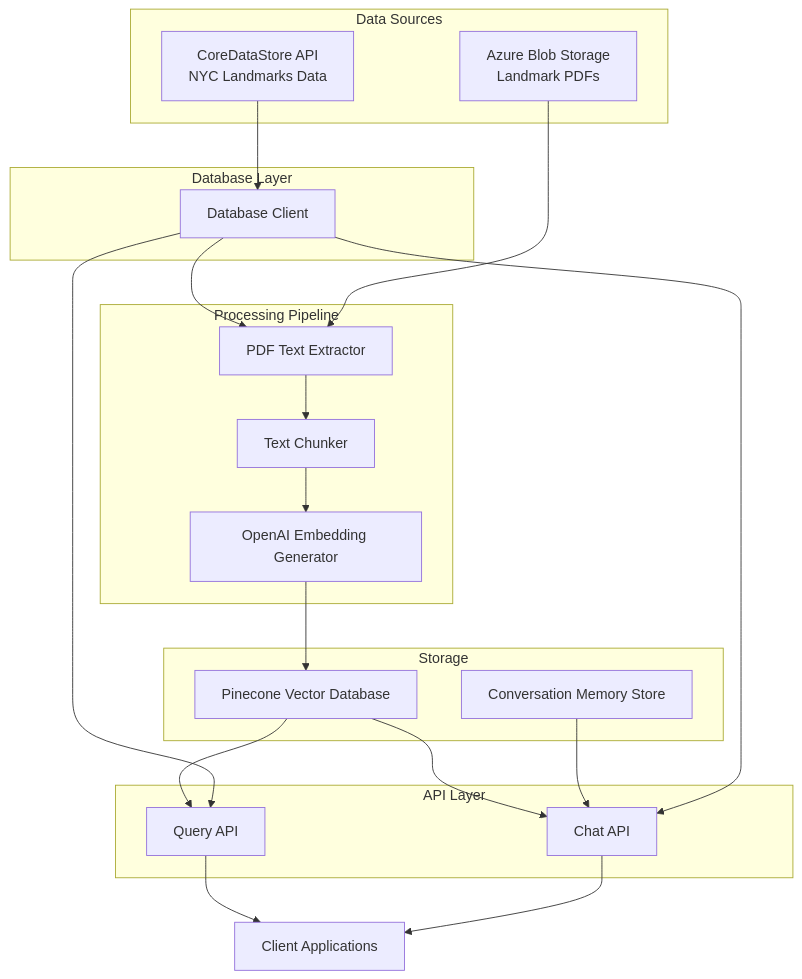
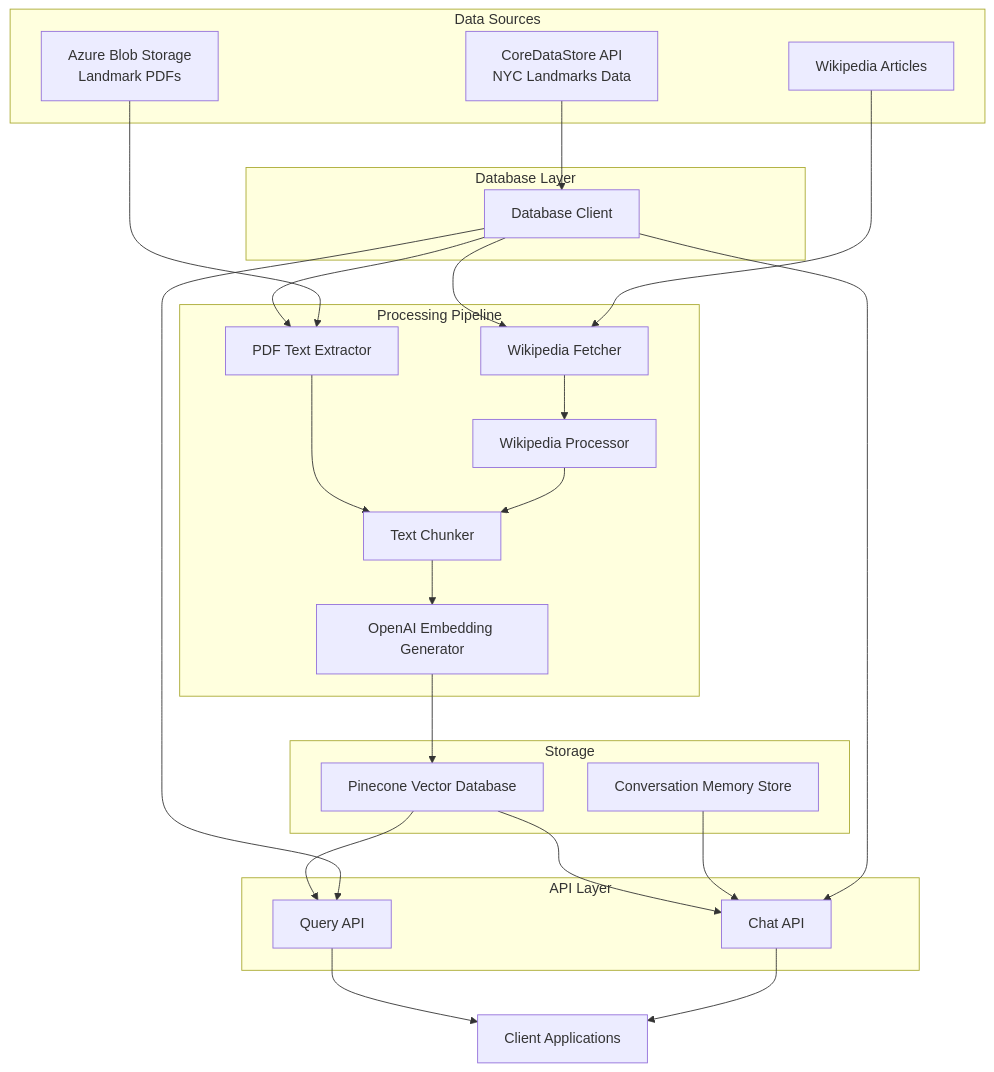
The diagram in README.md (stuartshay/nyc-landmarks-vector-db), drawn with Mermaid before and after one commit. The commit also changed other lines of this file and 16 other files, not shown here.

````diff
--- a/README.md
+++ b/README.md
@@ -33,42 +33,49 @@
 ```mermaid
 flowchart TD
     subgraph "Data Sources"
         A[CoreDataStore API\nNYC Landmarks Data]
         B[Azure Blob Storage\nLandmark PDFs]
+        W[Wikipedia Articles]
     end
 
     subgraph "Database Layer"
         DB[Database Client]
     end
 
     subgraph "Processing Pipeline"
         C[PDF Text Extractor]
         D[Text Chunker]
         E[OpenAI Embedding Generator]
+        WF[Wikipedia Fetcher]
+        WP[Wikipedia Processor]
     end
 
     subgraph "Storage"
         F[Pinecone Vector Database]
         G[Conversation Memory Store]
     end
 
     subgraph "API Layer"
         H[Query API]
         I[Chat API]
     end
 
     A --> DB
     DB --> C
+    DB --> WF
     B --> C
+    W --> WF
     C --> D
+    WF --> WP
+    WP --> D
     D --> E
     E --> F
     F --> H
     F --> I
     G --> I
     DB --> H
     DB --> I
 
     H --> J[Client Applications]
     I --> J
 ```
````
